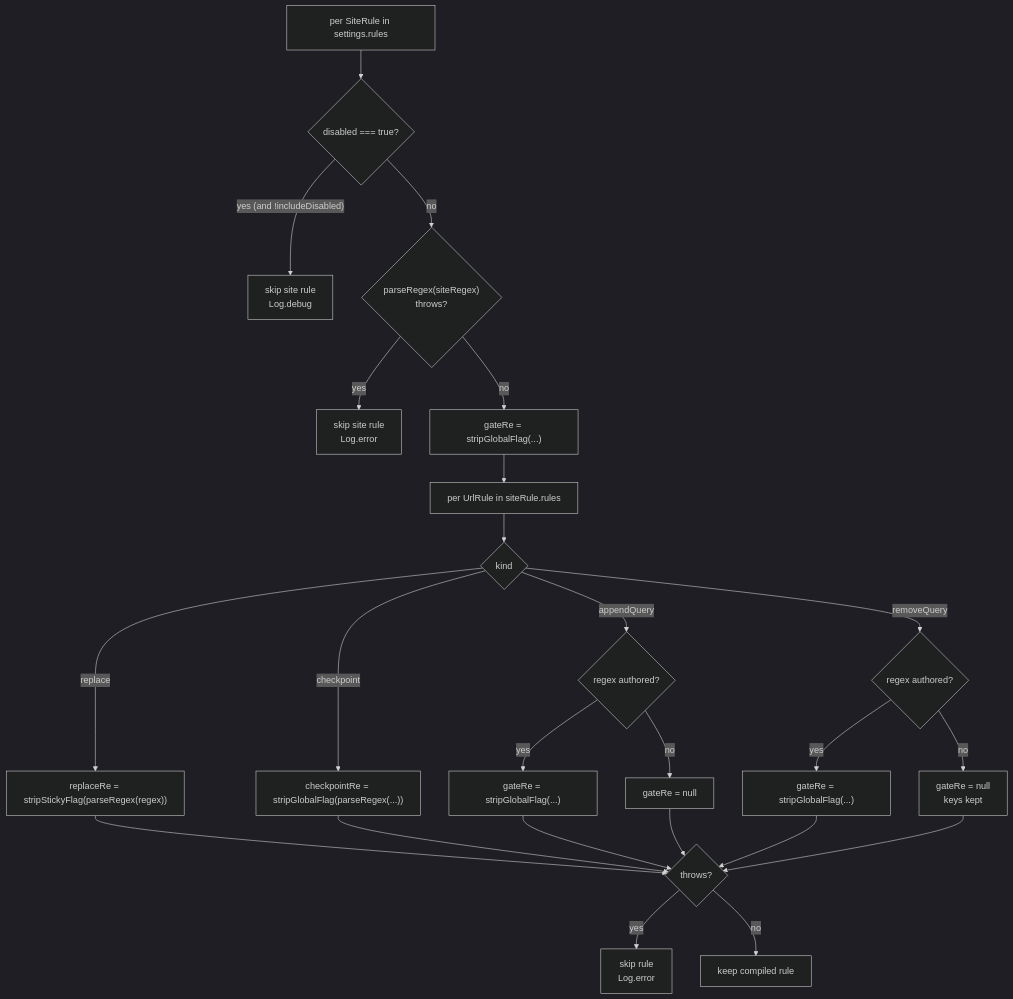
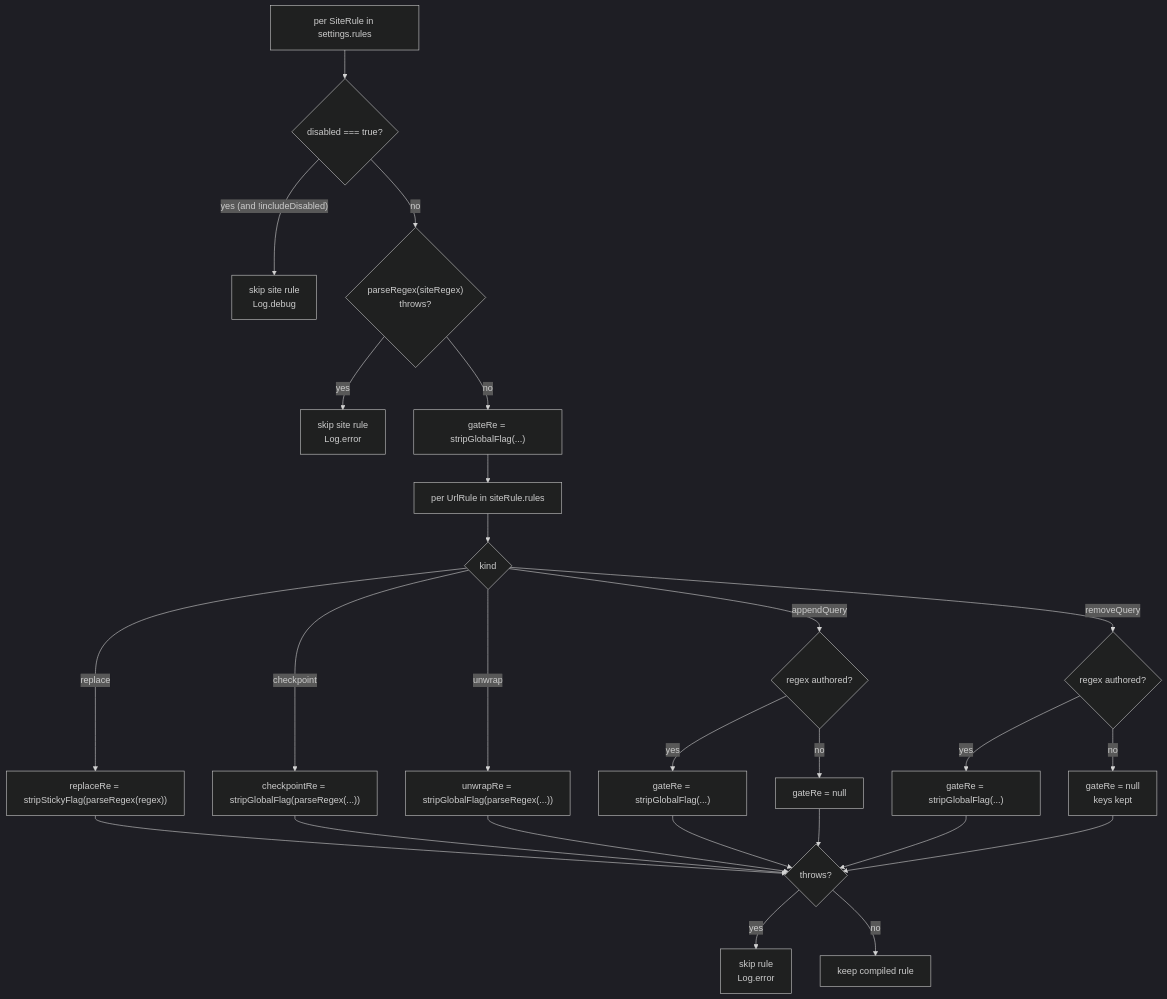
One commit to JanGaida/redirect-rules changed the second of 5 diagrams in docs/architecture/redirect-engine.md. Above: the diagram before and after it, drawn with Mermaid (dark theme). The commit also changed other lines of this file and 40 other files, not shown here.

First line of the commit message:
feat(rules): add unwrap kind and twelve first-boot use cases

````diff
--- a/docs/architecture/redirect-engine.md
+++ b/docs/architecture/redirect-engine.md
@@ -40,26 +42,28 @@
 ```mermaid
 flowchart TB
     Start["per SiteRule in settings.rules"] --> Enabled{"disabled === true?"}
     Enabled -->|"yes (and !includeDisabled)"| DropDisabled["skip site rule<br/>Log.debug"]
     Enabled -->|"no"| GateTry{"parseRegex(siteRegex)<br/>throws?"}
     GateTry -->|"yes"| DropSite["skip site rule<br/>Log.error"]
     GateTry -->|"no"| Gate["gateRe = stripGlobalFlag(...)"]
     Gate --> RuleLoop["per UrlRule in siteRule.rules"]
     RuleLoop --> Kind{"kind"}
     Kind -->|"replace"| Replace["replaceRe = stripStickyFlag(parseRegex(regex))"]
     Kind -->|"appendQuery"| Gate2{"regex authored?"}
     Kind -->|"removeQuery"| RQGate{"regex authored?"}
     Kind -->|"checkpoint"| CheckpointRe["checkpointRe = stripGlobalFlag(parseRegex(...))"]
+    Kind -->|"unwrap"| UnwrapRe["unwrapRe = stripGlobalFlag(parseRegex(...))"]
     Gate2 -->|"no"| AppendRule["gateRe = null"]
     Gate2 -->|"yes"| AppendGate["gateRe = stripGlobalFlag(...)"]
     RQGate -->|"no"| RQRule["gateRe = null<br/>keys kept"]
     RQGate -->|"yes"| RQGateRe["gateRe = stripGlobalFlag(...)"]
     Replace --> Try{"throws?"}
     CheckpointRe --> Try
+    UnwrapRe --> Try
     AppendGate --> Try
     AppendRule --> Try
     RQGateRe --> Try
     RQRule --> Try
     Try -->|"yes"| DropRule["skip rule<br/>Log.error"]
     Try -->|"no"| Keep["keep compiled rule"]
 ```
````
